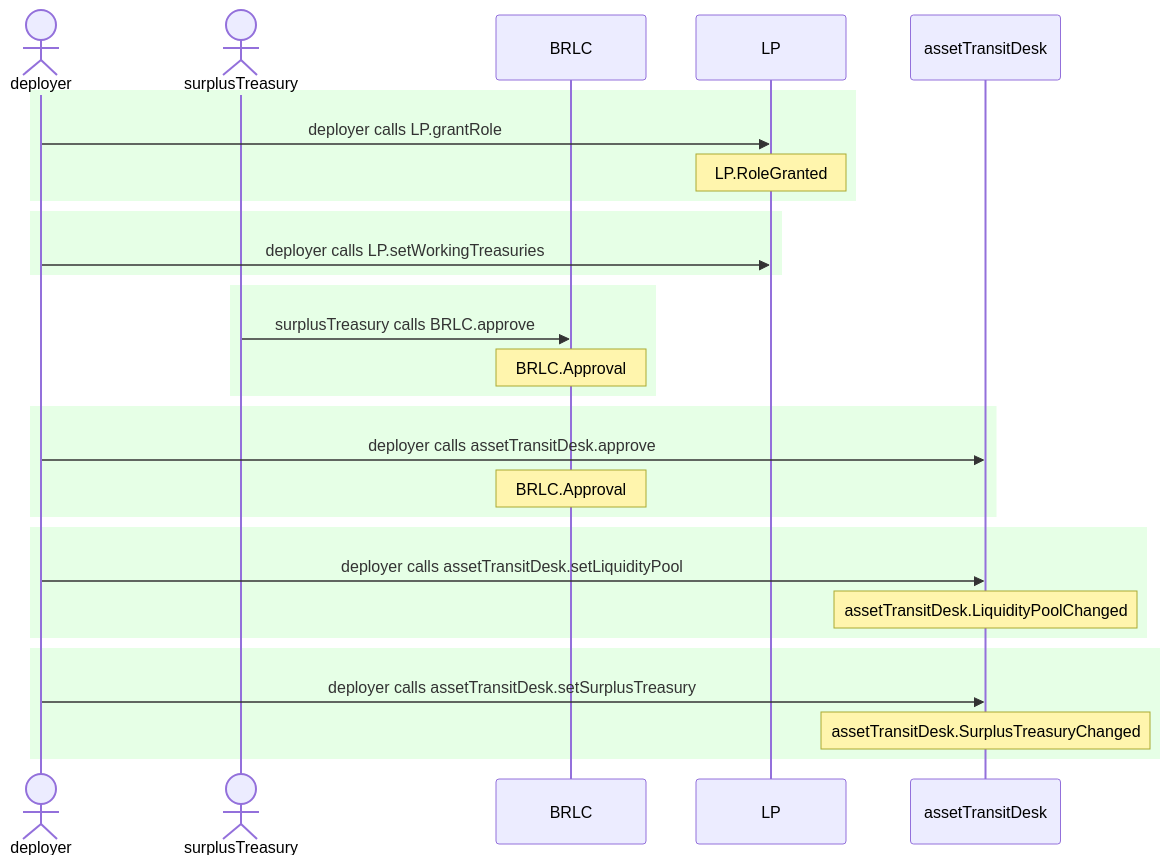
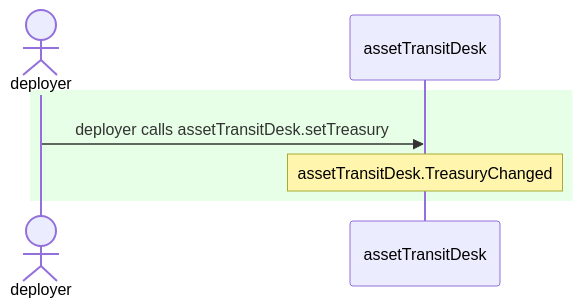
The second of 2 diagrams in test/__snapshots__humans__/AssetTransitDesk.test.md (cloudwalk/brlc-asset-transit-desk), drawn with Mermaid before and after one commit. The commit also changed other lines of this file and 1 other file, not shown here.

````diff
--- a/test/__snapshots__humans__/AssetTransitDesk.test.md
+++ b/test/__snapshots__humans__/AssetTransitDesk.test.md
@@ -158,31 +144,9 @@
 ```mermaid
 sequenceDiagram
   actor deployer
-  actor surplusTreasury
-  participant BRLC
-  participant LP
   participant assetTransitDesk
   rect rgb(230,255,230)
-    deployer->>LP: deployer calls LP.grantRole
-    Note over LP: LP.RoleGranted
-  end
-  rect rgb(230,255,230)
-    deployer->>LP: deployer calls LP.setWorkingTreasuries
-  end
-  rect rgb(230,255,230)
-    surplusTreasury->>BRLC: surplusTreasury calls BRLC.approve
-    Note over BRLC: BRLC.Approval
-  end
-  rect rgb(230,255,230)
-    deployer->>assetTransitDesk: deployer calls assetTransitDesk.approve
-    Note over BRLC: BRLC.Approval
-  end
-  rect rgb(230,255,230)
-    deployer->>assetTransitDesk: deployer calls assetTransitDesk.setLiquidityPool
-    Note over assetTransitDesk: assetTransitDesk.LiquidityPoolChanged
-  end
-  rect rgb(230,255,230)
-    deployer->>assetTransitDesk: deployer calls assetTransitDesk.setSurplusTreasury
-    Note over assetTransitDesk: assetTransitDesk.SurplusTreasuryChanged
+    deployer->>assetTransitDesk: deployer calls assetTransitDesk.setTreasury
+    Note over assetTransitDesk: assetTransitDesk.TreasuryChanged
   end
 ```
````
